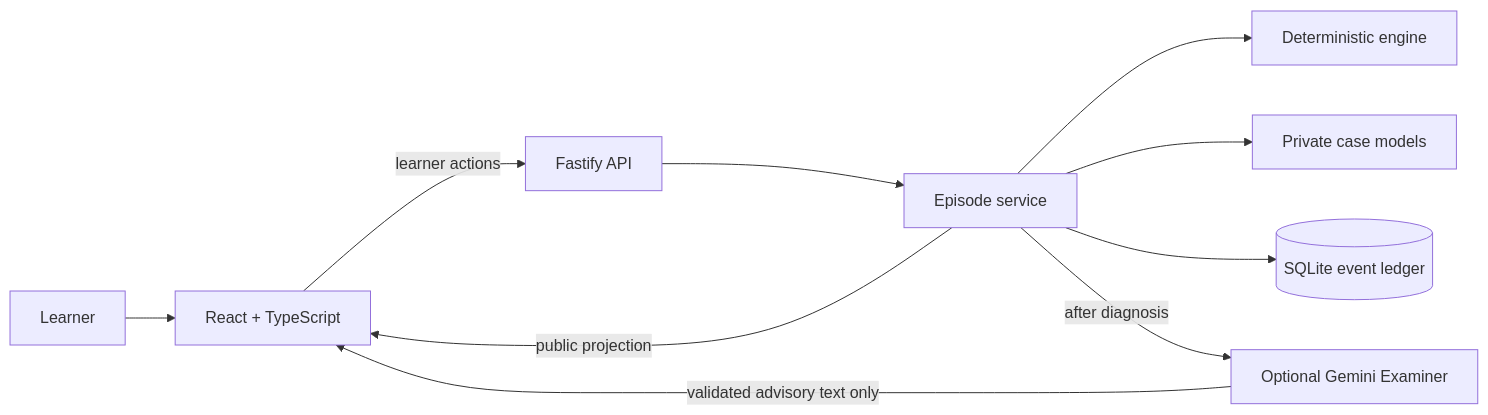
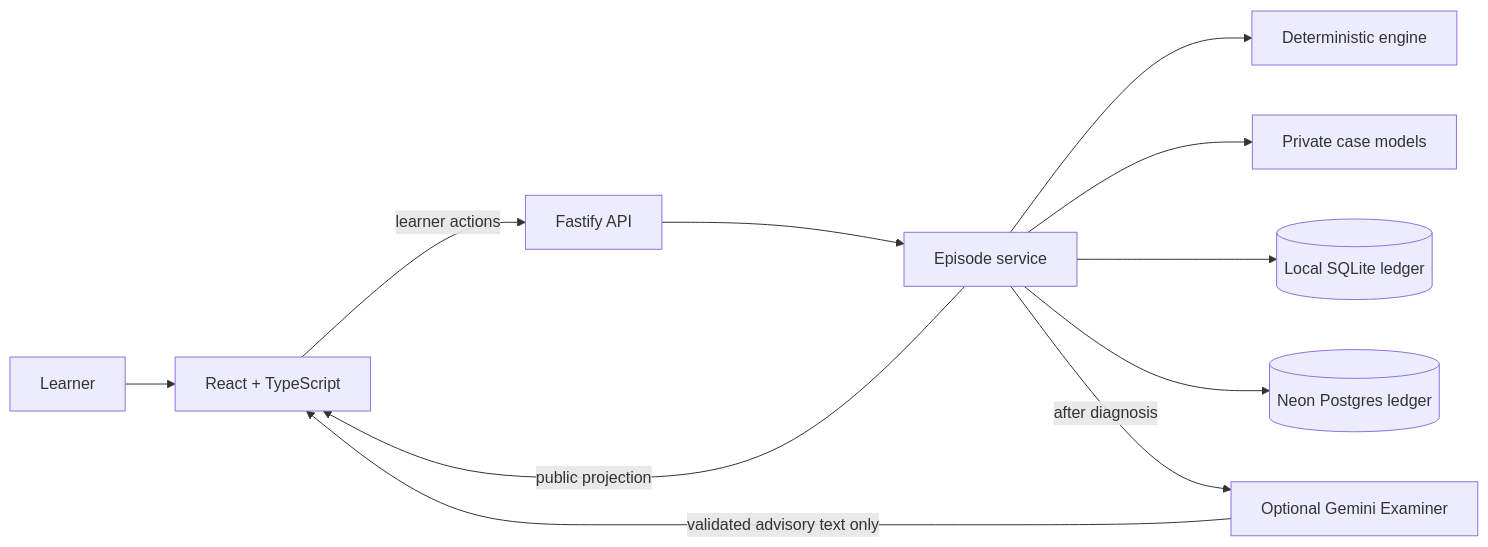
The second of 2 diagrams in README.md (Tayebbb/TwinSleuth), drawn with Mermaid before and after one commit. The commit also changed other lines of this file, not shown here.

Commit message:
Document hosted deployment architecture

````diff
--- a/README.md
+++ b/README.md
@@ -48,12 +48,13 @@
 ```mermaid
 flowchart LR
     Learner --> UI[React + TypeScript]
     UI -->|learner actions| API[Fastify API]
     API --> Episode[Episode service]
     Episode --> Engine[Deterministic engine]
     Episode --> Models[Private case models]
-    Episode --> Ledger[(SQLite event ledger)]
+    Episode --> Local[(Local SQLite ledger)]
+    Episode --> Hosted[(Neon Postgres ledger)]
     Episode -->|public projection| UI
     Episode -->|after diagnosis| Examiner[Optional Gemini Examiner]
     Examiner -->|validated advisory text only| UI
 ```
````
